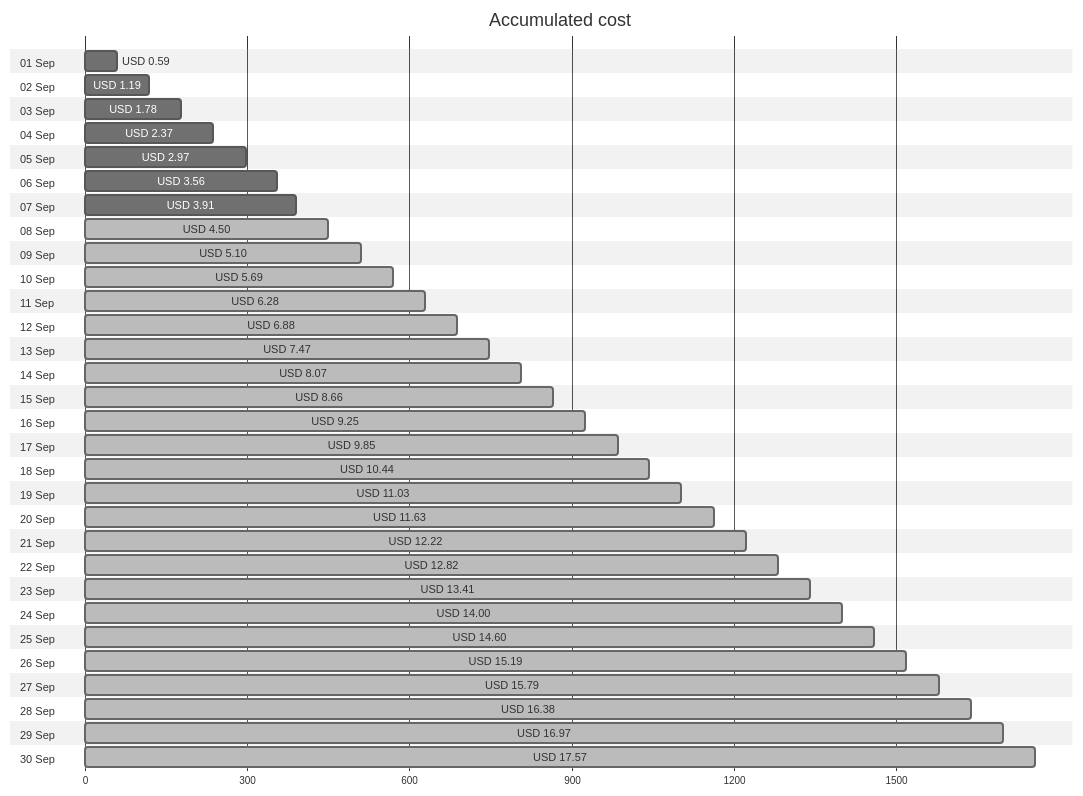
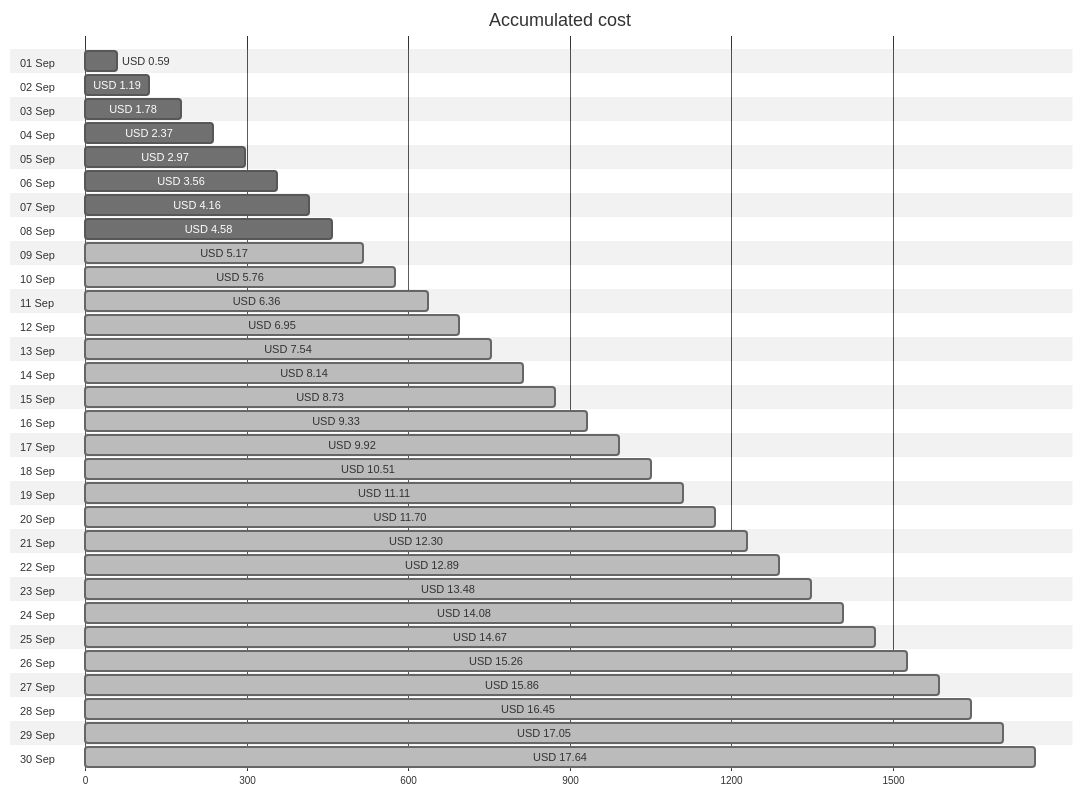
Before and after one commit to jpfulton/azure-personal-reports: the first of 4 diagrams in cost-reports/personal-site/README.md, drawn with Mermaid (neutral theme). The commit also changed other lines of this file and 6 other files, not shown here.

````diff
--- a/cost-reports/personal-site/README.md
+++ b/cost-reports/personal-site/README.md
@@ -20,66 +20,66 @@
 ```mermaid
 gantt
    title Accumulated cost
    dateFormat  X
    axisFormat %s
    section 01 Sep
    USD 0.59 :0, 59
    section 02 Sep
    USD 1.19 :0, 119
    section 03 Sep
    USD 1.78 :0, 178
    section 04 Sep
    USD 2.37 :0, 237
    section 05 Sep
    USD 2.97 :0, 297
    section 06 Sep
    USD 3.56 :0, 356
    section 07 Sep
-   USD 3.91 :0, 391
+   USD 4.16 :0, 416
    section 08 Sep
-   USD 4.50 : done, 0, 450
+   USD 4.58 :0, 458
    section 09 Sep
-   USD 5.10 : done, 0, 510
+   USD 5.17 : done, 0, 517
    section 10 Sep
-   USD 5.69 : done, 0, 569
+   USD 5.76 : done, 0, 576
    section 11 Sep
-   USD 6.28 : done, 0, 628
+   USD 6.36 : done, 0, 636
    section 12 Sep
-   USD 6.88 : done, 0, 688
+   USD 6.95 : done, 0, 695
    section 13 Sep
-   USD 7.47 : done, 0, 747
+   USD 7.54 : done, 0, 754
    section 14 Sep
-   USD 8.07 : done, 0, 807
+   USD 8.14 : done, 0, 814
    section 15 Sep
-   USD 8.66 : done, 0, 866
+   USD 8.73 : done, 0, 873
    section 16 Sep
-   USD 9.25 : done, 0, 925
+   USD 9.33 : done, 0, 933
    section 17 Sep
-   USD 9.85 : done, 0, 985
+   USD 9.92 : done, 0, 992
    section 18 Sep
-   USD 10.44 : done, 0, 1044
+   USD 10.51 : done, 0, 1051
    section 19 Sep
-   USD 11.03 : done, 0, 1103
+   USD 11.11 : done, 0, 1111
    section 20 Sep
-   USD 11.63 : done, 0, 1163
+   USD 11.70 : done, 0, 1170
    section 21 Sep
-   USD 12.22 : done, 0, 1222
+   USD 12.30 : done, 0, 1230
    section 22 Sep
-   USD 12.82 : done, 0, 1282
+   USD 12.89 : done, 0, 1289
    section 23 Sep
-   USD 13.41 : done, 0, 1341
+   USD 13.48 : done, 0, 1348
    section 24 Sep
-   USD 14.00 : done, 0, 1400
+   USD 14.08 : done, 0, 1408
    section 25 Sep
-   USD 14.60 : done, 0, 1460
+   USD 14.67 : done, 0, 1467
    section 26 Sep
-   USD 15.19 : done, 0, 1519
+   USD 15.26 : done, 0, 1526
    section 27 Sep
-   USD 15.79 : done, 0, 1579
+   USD 15.86 : done, 0, 1586
    section 28 Sep
-   USD 16.38 : done, 0, 1638
+   USD 16.45 : done, 0, 1645
    section 29 Sep
-   USD 16.97 : done, 0, 1697
+   USD 17.05 : done, 0, 1705
    section 30 Sep
-   USD 17.57 : done, 0, 1757
+   USD 17.64 : done, 0, 1764
 ```
````
